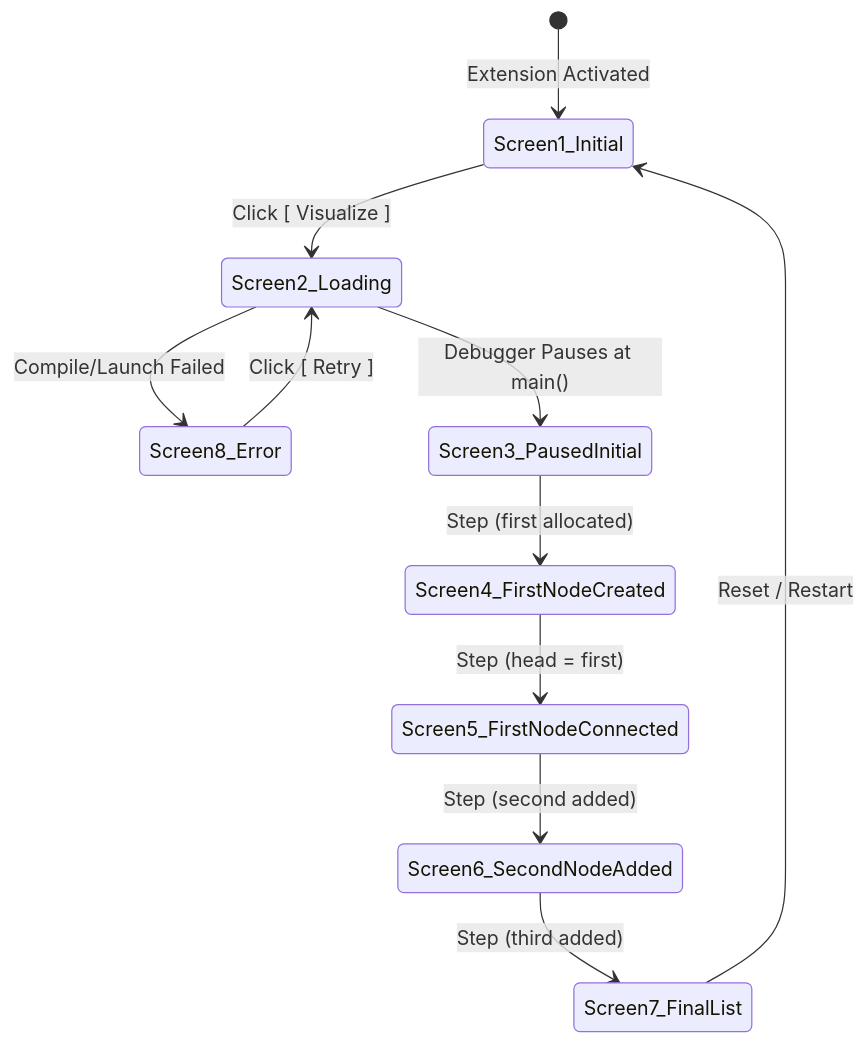
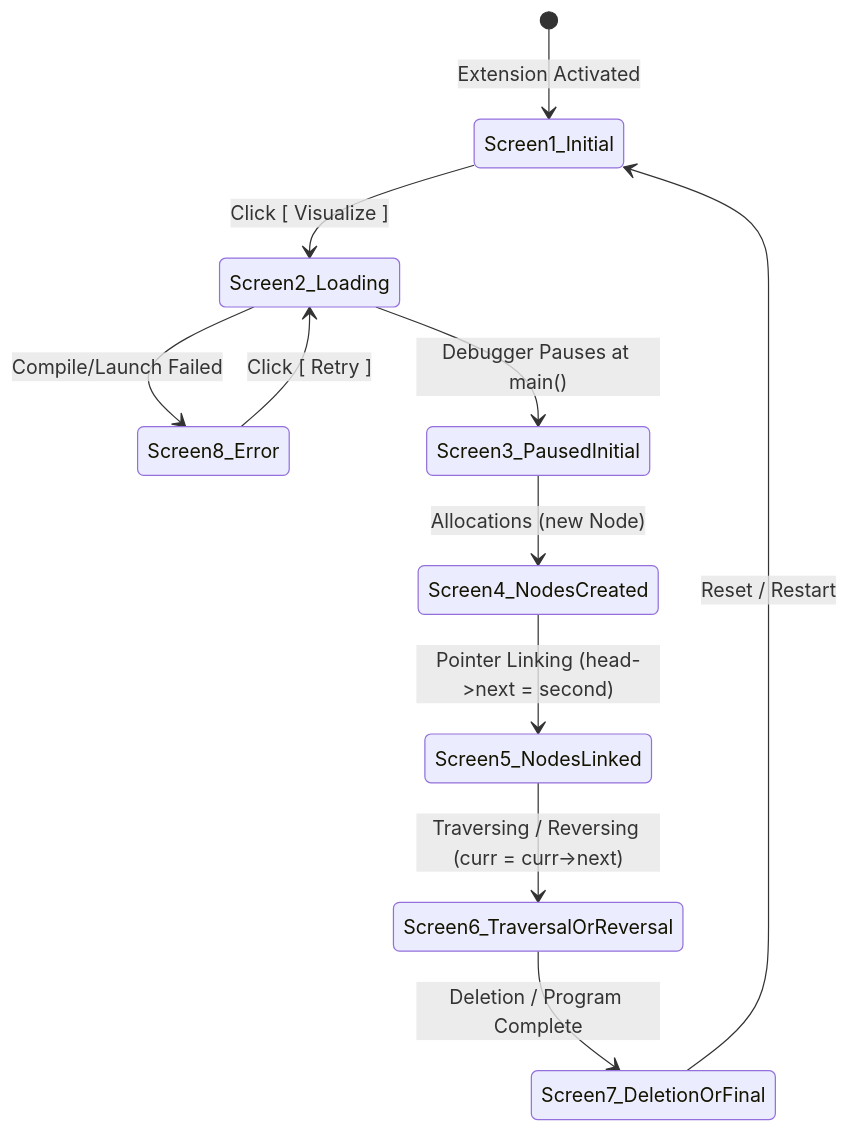
One commit to KingSahil/Simide changed the second of 2 diagrams in docs/architecture.md. Above: the diagram before and after it, drawn with Mermaid. The commit also changed other lines of this file and 35 other files, not shown here.

First line of the commit message:
feat: Rebrand to SimIDE with D3 physics canvas, traversal/deletion tracking, and terminal output

````diff
--- a/docs/architecture.md
+++ b/docs/architecture.md
@@ -188,13 +166,13 @@
 ```mermaid
 stateDiagram-v2
     [*] --> Screen1_Initial: Extension Activated
     Screen1_Initial --> Screen2_Loading: Click [ Visualize ]
     Screen2_Loading --> Screen8_Error: Compile/Launch Failed
     Screen8_Error --> Screen2_Loading: Click [ Retry ]
     Screen2_Loading --> Screen3_PausedInitial: Debugger Pauses at main()
-    Screen3_PausedInitial --> Screen4_FirstNodeCreated: Step (first allocated)
-    Screen4_FirstNodeCreated --> Screen5_FirstNodeConnected: Step (head = first)
-    Screen5_FirstNodeConnected --> Screen6_SecondNodeAdded: Step (second added)
-    Screen6_SecondNodeAdded --> Screen7_FinalList: Step (third added)
-    Screen7_FinalList --> Screen1_Initial: Reset / Restart
+    Screen3_PausedInitial --> Screen4_NodesCreated: Allocations (new Node)
+    Screen4_NodesCreated --> Screen5_NodesLinked: Pointer Linking (head->next = second)
+    Screen5_NodesLinked --> Screen6_TraversalOrReversal: Traversing / Reversing (curr = curr->next)
+    Screen6_TraversalOrReversal --> Screen7_DeletionOrFinal: Deletion / Program Complete
+    Screen7_DeletionOrFinal --> Screen1_Initial: Reset / Restart
 ```
````
